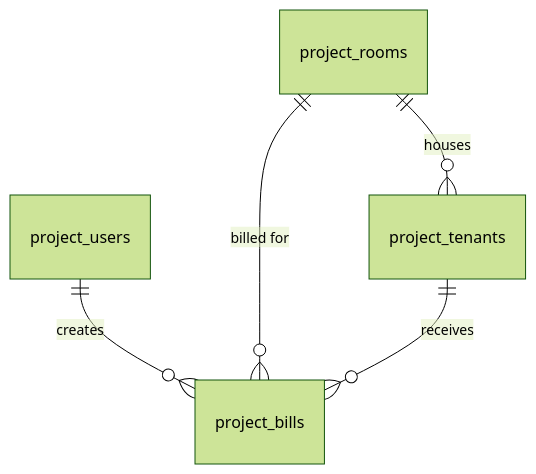
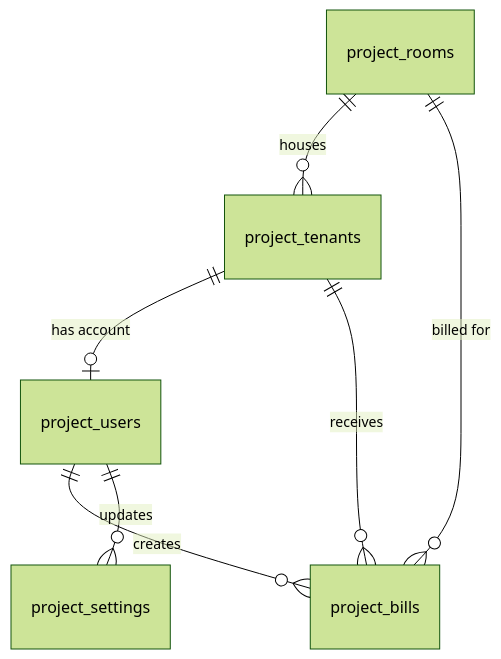
One commit to IcenyxFx/roomledger changed the diagram in README.md. Above: the diagram before and after it, drawn with Mermaid (forest theme). The commit also changed other lines of this file and 1 other file, not shown here.

````diff
--- a/README.md
+++ b/README.md
@@ -69,7 +85,9 @@
 ```mermaid
 erDiagram
     project_users ||--o{ project_bills : "creates"
+    project_tenants ||--o| project_users : "has account"
+    project_users ||--o{ project_settings : "updates"
     project_rooms ||--o{ project_tenants : "houses"
     project_rooms ||--o{ project_bills : "billed for"
     project_tenants ||--o{ project_bills : "receives"
 ```
````
